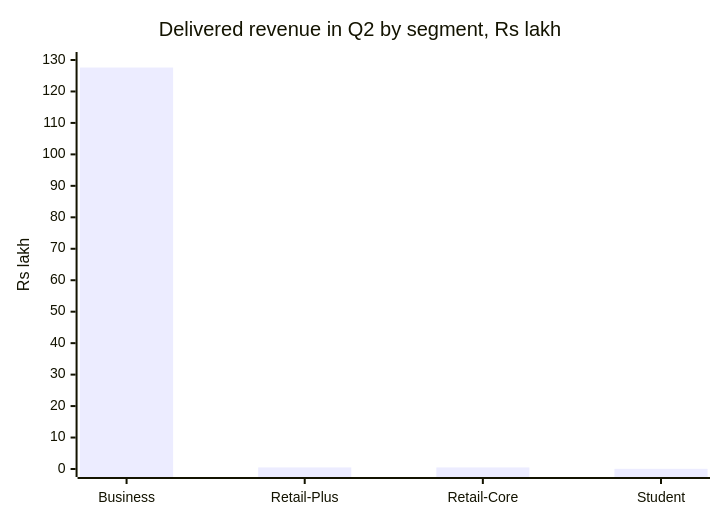
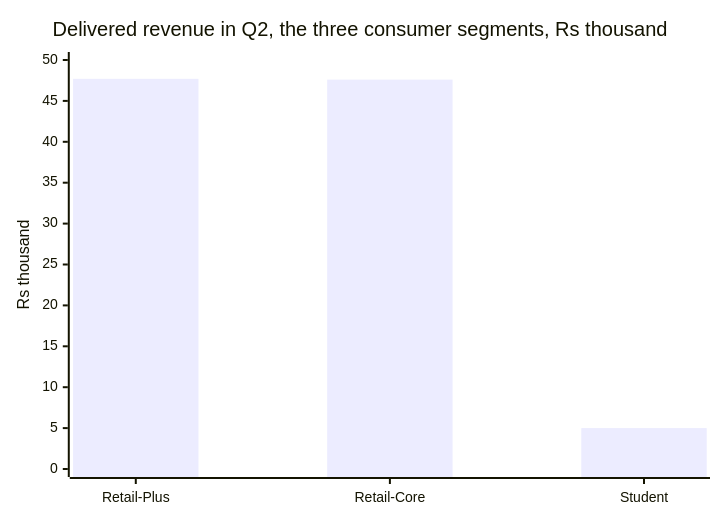
Before and after one commit to fde-academy-lab/c2-content-factory: diagram 14 of 20 in content/W01/D4/slides/C2_W01_D04_half1_STUDENT.md, drawn with Mermaid. The commit also changed other lines of this file and 3 other files, not shown here.

First line of the commit message:
W01 D4: room runs Retail-Plus before any slide shows its p-value; S24 bars in proportion

````diff
--- a/content/W01/D4/slides/C2_W01_D04_half1_STUDENT.md
+++ b/content/W01/D4/slides/C2_W01_D04_half1_STUDENT.md
@@ -564,7 +566,7 @@
 ```mermaid
 xychart-beta
-    title "Delivered revenue in Q2 by segment, Rs lakh"
-    x-axis ["Business", "Retail-Plus", "Retail-Core", "Student"]
-    y-axis "Rs lakh" 0 --> 130
-    bar [127.6, 0.5, 0.5, 0.05]
+    title "Delivered revenue in Q2, the three consumer segments, Rs thousand"
+    x-axis ["Retail-Plus", "Retail-Core", "Student"]
+    y-axis "Rs thousand" 0 --> 50
+    bar [47.7, 47.6, 5.0]
 ```
````
